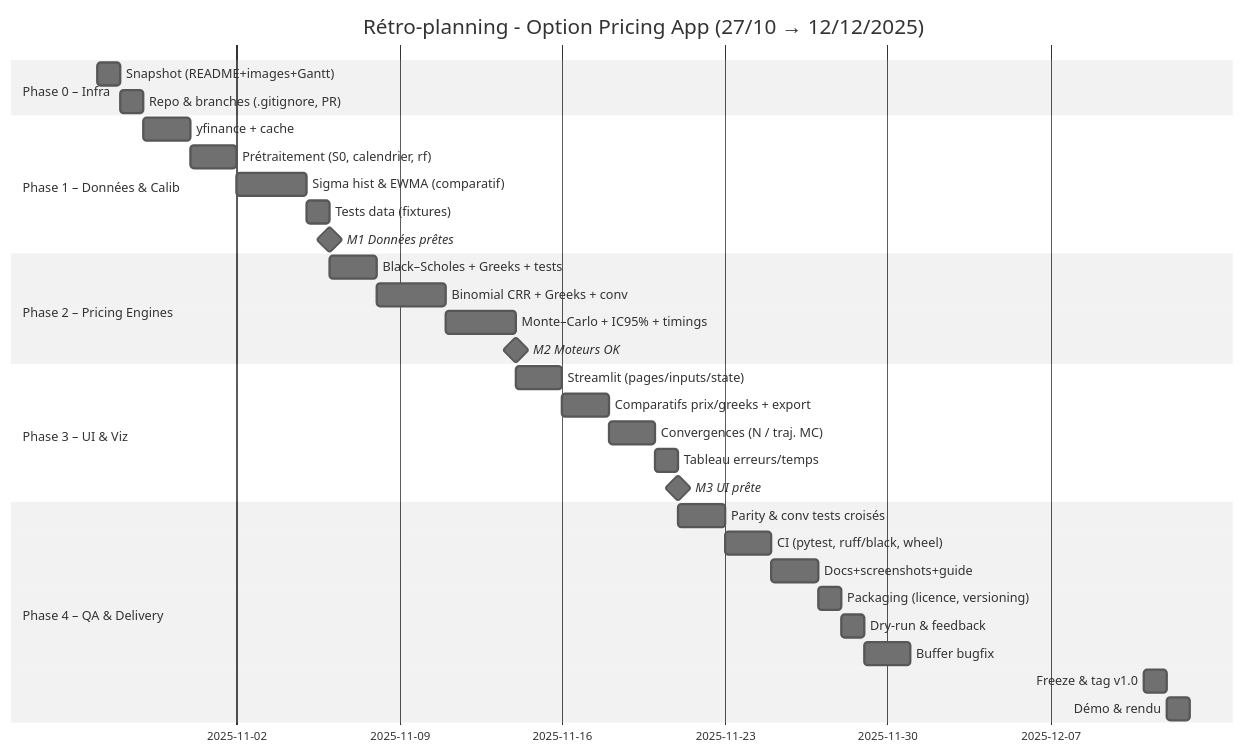
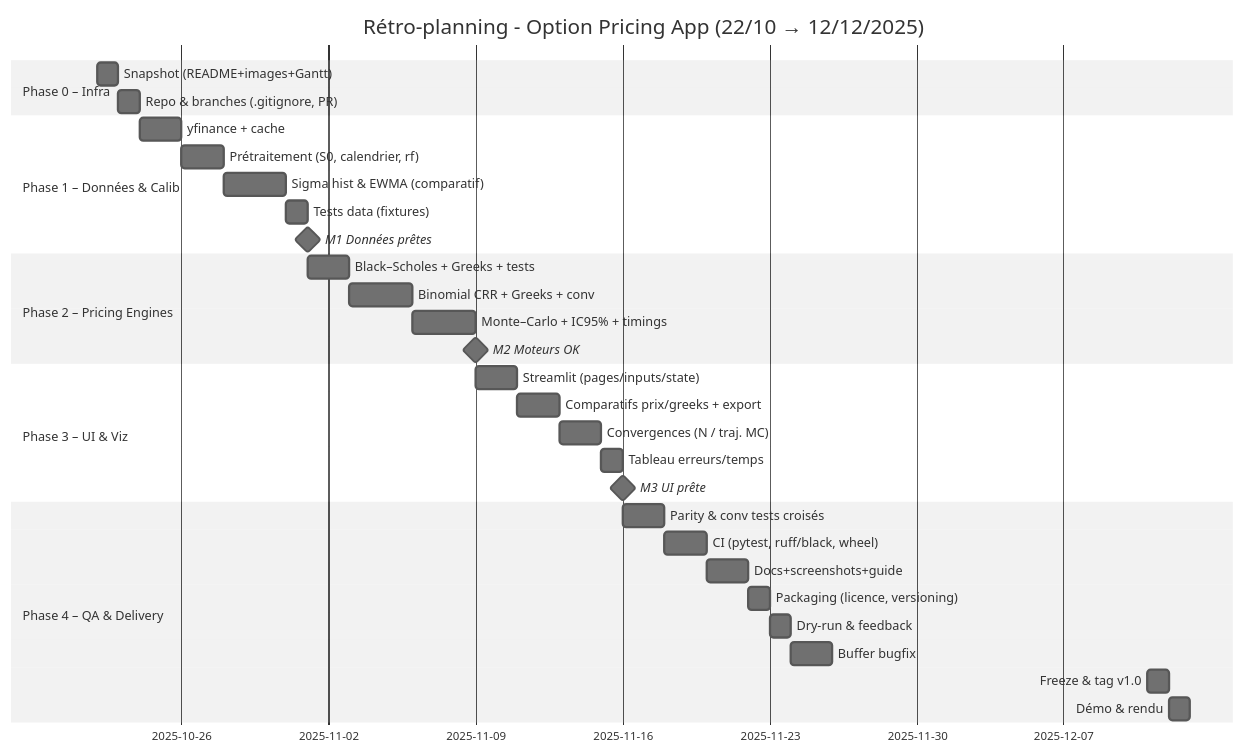
One commit to Karam-Benameur/stream_options changed the diagram in roadmap/Gantt_Diagram.md. Above: the diagram before and after it, drawn with Mermaid (neutral theme).

````diff
--- a/roadmap/Gantt_Diagram.md
+++ b/roadmap/Gantt_Diagram.md
@@ -1,42 +1,42 @@
 ```mermaid
 gantt
-    title Rétro-planning - Option Pricing App (27/10 → 12/12/2025)
+    title Rétro-planning - Option Pricing App (22/10 → 12/12/2025)
     dateFormat  YYYY-MM-DD
     %% aucune exclusion -> pas de bandes jaunes
 
     section Phase 0 – Infra
-    Snapshot (README+images+Gantt)      :s1, 2025-10-27, 1d
+    Snapshot (README+images+Gantt)      :s1, 2025-10-22, 1d
     Repo & branches (.gitignore, PR)    :s2, after s1, 1d
 
     section Phase 1 – Données & Calib
     yfinance + cache                     :d1, after s2, 2d
     Prétraitement (S0, calendrier, rf)   :d2, after d1, 2d
     Sigma hist & EWMA (comparatif)       :d3, after d2, 3d
     Tests data (fixtures)                :d4, after d3, 1d
     M1 Données prêtes                    :milestone, m1, after d4, 0d
 
     section Phase 2 – Pricing Engines
     Black–Scholes + Greeks + tests       :p1, after m1, 2d
     Binomial CRR + Greeks + conv         :p2, after p1, 3d
     Monte–Carlo + IC95% + timings        :p3, after p2, 3d
     M2 Moteurs OK                        :milestone, m2, after p3, 0d
 
     section Phase 3 – UI & Viz
     Streamlit (pages/inputs/state)       :u1, after m2, 2d
     Comparatifs prix/greeks + export     :u2, after u1, 2d
     Convergences (N / traj. MC)          :u3, after u2, 2d
     Tableau erreurs/temps                :u4, after u3, 1d
     M3 UI prête                          :milestone, m3, after u4, 0d
 
     section Phase 4 – QA & Delivery
     Parity & conv tests croisés          :q1, after m3, 2d
     CI (pytest, ruff/black, wheel)       :q2, after q1, 2d
     Docs+screenshots+guide               :q3, after q2, 2d
     Packaging (licence, versioning)      :q4, after q3, 1d
     Dry-run & feedback                   :q5, after q4, 1d
     Buffer bugfix                        :q6, after q5, 2d
     Freeze & tag v1.0                    :rel, 2025-12-11, 1d
     Démo & rendu                         :fin, 2025-12-12, 1d
 
 
 ```
````
